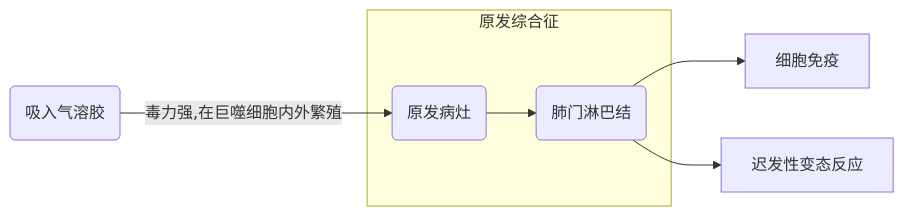
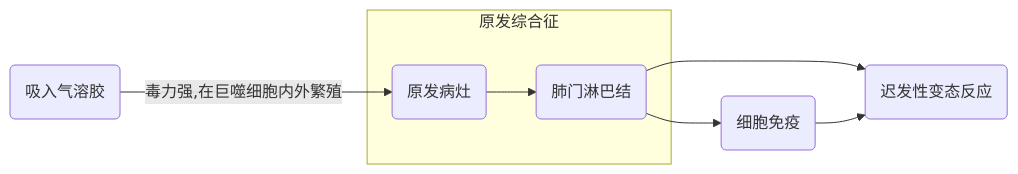
Before and after one commit to viket-vista/Notes: the second of 2 diagrams in 大三下/内科学.md, drawn with Mermaid. The commit also changed other lines of this file, not shown here.

````diff
--- a/大三下/内科学.md
+++ b/大三下/内科学.md
@@ -23,9 +23,10 @@
 ```mermaid
 graph LR
 a(吸入气溶胶) -- 毒力强,在巨噬细胞内外繁殖 --> c(原发病灶) 
 subgraph 原发综合征
 c--> d(肺门淋巴结)
 end
-d --> 细胞免疫
-d --> 迟发性变态反应
+d --> e(细胞免疫)
+d --> f(迟发性变态反应)
+e --> f
 ```
````
